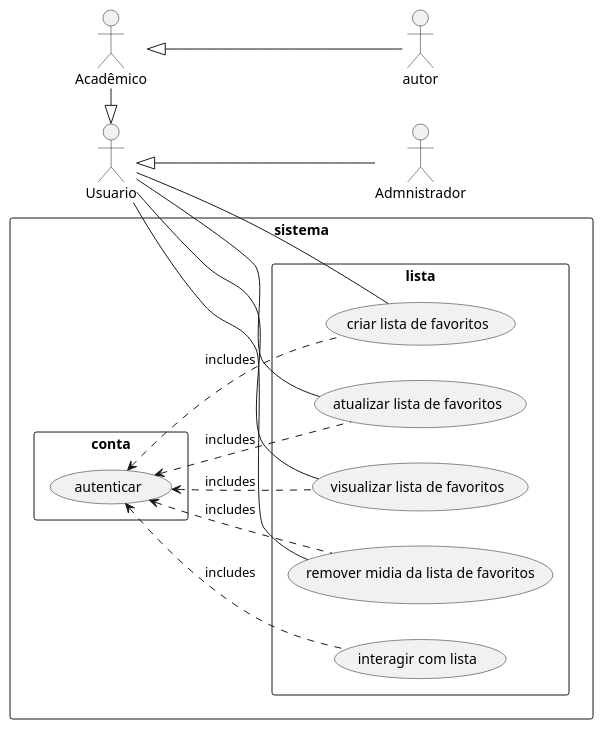
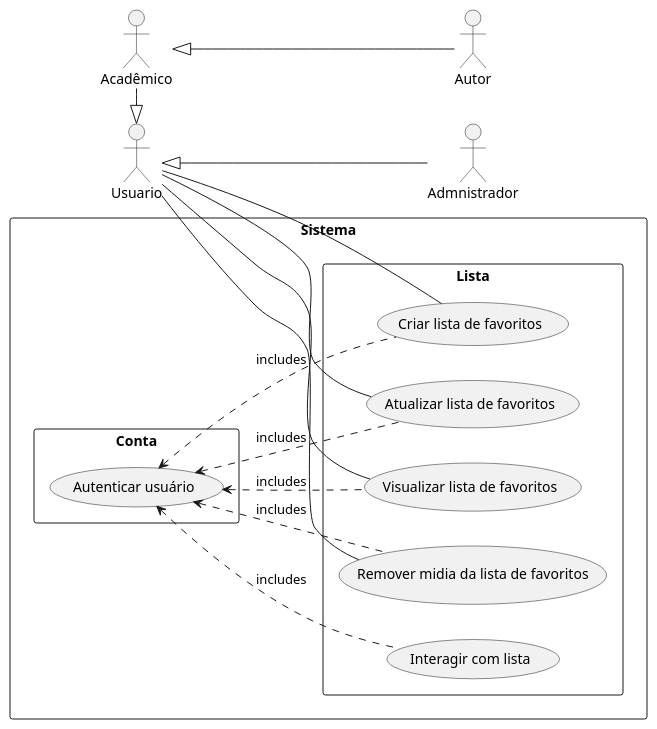
Before and after one commit to arielazzi/desenvolvimento-de-software-I: the diagram in use-case/diagrams/lista.iuml, drawn with PlantUML. The commit also changed 5 other files, not shown here.

```diff
--- a/use-case/diagrams/lista.iuml
+++ b/use-case/diagrams/lista.iuml
@@ -1,33 +1,33 @@
 @startuml lista
 
 left to right direction
 
-:Usuario: as usuario
-:Acadêmico: as academico
-:Admnistrador: as admnistrador
+:Usuario: as Usuario
+:Acadêmico: as Academico
+:Admnistrador: as Admnistrador
 
-academico <|-- autor
-usuario <|-left- academico
-usuario <|-down- admnistrador
+Academico <|-- Autor
+Usuario <|-left- Academico
+Usuario <|-down- Admnistrador
 
-rectangle sistema {
-    rectangle conta {
-        (autenticar)
+rectangle Sistema {
+    rectangle Conta {
+        (Autenticar usuário)
     }
-    rectangle lista {
-        usuario -- (criar lista de favoritos)
-        usuario -- (visualizar lista de favoritos) 
-        usuario -- (atualizar lista de favoritos) 
-        usuario -- (remover midia da lista de favoritos) 
+    rectangle Lista {
+        Usuario -- (Criar lista de favoritos)
+        Usuario -- (Visualizar lista de favoritos) 
+        Usuario -- (Atualizar lista de favoritos) 
+        Usuario -- (Remover midia da lista de favoritos) 
 
-        (autenticar) <.. (interagir com lista) : includes
+        (Autenticar usuário) <.. (Interagir com lista) : includes
 
-        (autenticar) <.. (criar lista de favoritos) : includes
-        (autenticar) <.. (visualizar lista de favoritos) : includes
-        (autenticar) <.. (atualizar lista de favoritos) : includes
-        (autenticar) <.. (remover midia da lista de favoritos) : includes
+        (Autenticar usuário) <.. (Criar lista de favoritos) : includes
+        (Autenticar usuário) <.. (Visualizar lista de favoritos) : includes
+        (Autenticar usuário) <.. (Atualizar lista de favoritos) : includes
+        (Autenticar usuário) <.. (Remover midia da lista de favoritos) : includes
 
     }
 }
 
 @enduml
```
